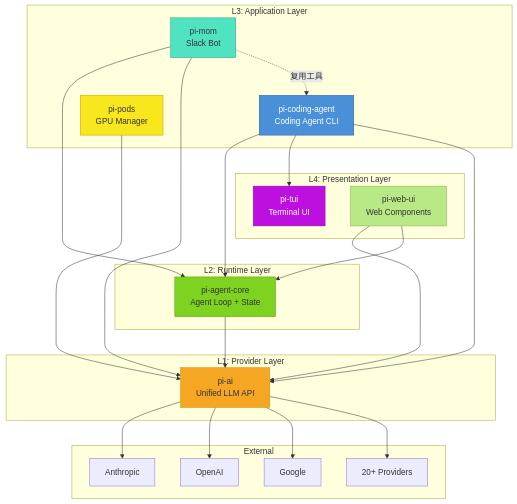
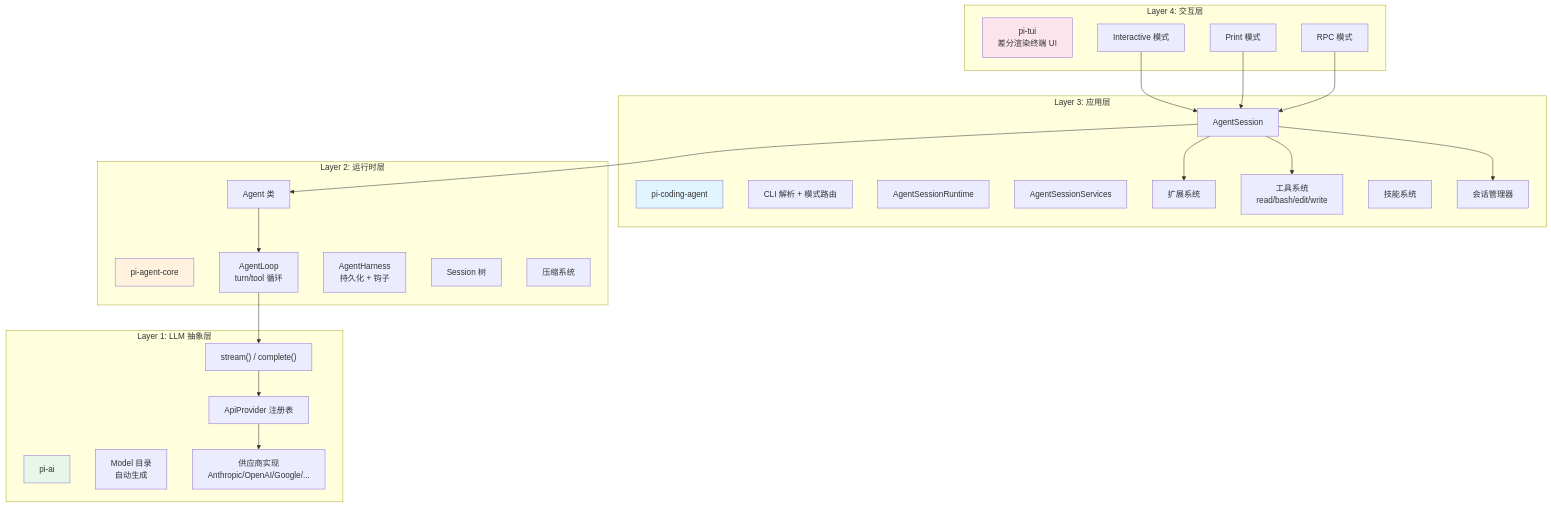
One commit to StrayDragon/pi-mono changed the first of 7 diagrams in _LEARN/02-architecture/01-architecture-overview.md. Above: the diagram before and after it, drawn with Mermaid. The commit also changed other lines of this file and 42 other files, not shown here.

````diff
--- a/_LEARN/02-architecture/01-architecture-overview.md
+++ b/_LEARN/02-architecture/01-architecture-overview.md
@@ -235,51 +7,55 @@
 ```mermaid
 graph TB
-    subgraph "L4: Presentation Layer"
-        TUI[pi-tui<br>Terminal UI]
-        WUI[pi-web-ui<br>Web Components]
+    subgraph "Layer 4: 交互层"
+        TUI["pi-tui<br/>差分渲染终端 UI"]
+        INT["Interactive 模式"]
+        PRINT["Print 模式"]
+        RPC["RPC 模式"]
     end
 
-    subgraph "L3: Application Layer"
-        CA[pi-coding-agent<br>Coding Agent CLI]
-        MOM[pi-mom<br>Slack Bot]
-        PODS[pi-pods<br>GPU Manager]
+    subgraph "Layer 3: 应用层"
+        CA["pi-coding-agent"]
+        CLI["CLI 解析 + 模式路由"]
+        ASR["AgentSessionRuntime"]
+        ASS["AgentSessionServices"]
+        AS["AgentSession"]
+        EXT["扩展系统"]
+        TOOLS["工具系统<br/>read/bash/edit/write"]
+        SKILL["技能系统"]
+        SESS["会话管理器"]
     end
 
-    subgraph "L2: Runtime Layer"
-        AC[pi-agent-core<br>Agent Loop + State]
+    subgraph "Layer 2: 运行时层"
+        AC["pi-agent-core"]
+        AGENT["Agent 类"]
+        LOOP["AgentLoop<br/>turn/tool 循环"]
+        HARNESS["AgentHarness<br/>持久化 + 钩子"]
+        SESSION["Session 树"]
+        COMPACT["压缩系统"]
     end
 
-    subgraph "L1: Provider Layer"
-        AI[pi-ai<br>Unified LLM API]
+    subgraph "Layer 1: LLM 抽象层"
+        AI["pi-ai"]
+        STREAM["stream() / complete()"]
+        REG["ApiProvider 注册表"]
+        MODEL["Model 目录<br/>自动生成"]
+        PROV["供应商实现<br/>Anthropic/OpenAI/Google/..."]
     end
 
-    subgraph "External"
-        P1[Anthropic]
-        P2[OpenAI]
-        P3[Google]
-        P4[20+ Providers]
-    end
+    INT --> AS
+    PRINT --> AS
+    RPC --> AS
+    AS --> AGENT
+    AS --> EXT
+    AS --> TOOLS
+    AS --> SESS
+    AGENT --> LOOP
+    LOOP --> STREAM
+    STREAM --> REG
+    REG --> PROV
 
-    CA --> AC
-    CA --> TUI
-    CA --> AI
-    MOM --> AC
-    MOM --> AI
-    MOM -.复用工具.-> CA
-    WUI --> AI
-    WUI --> AC
-    PODS --> AI
-    AC --> AI
-    AI --> P1
-    AI --> P2
-    AI --> P3
-    AI --> P4
-
-    style TUI fill:#bd10e0,stroke:#8b0aa1,color:#fff
-    style WUI fill:#b8e986,stroke:#7cb342
-    style CA fill:#4a90d9,stroke:#2c5aa0,color:#fff
-    style MOM fill:#50e3c2,stroke:#2a9d8f
-    style PODS fill:#f8e71c,stroke:#c4a000
-    style AC fill:#7ed321,stroke:#5a9a16
-    style AI fill:#f5a623,stroke:#d48806
+    style TUI fill:#fce4ec
+    style CA fill:#e1f5fe
+    style AC fill:#fff3e0
+    style AI fill:#e8f5e9
 ```
````
